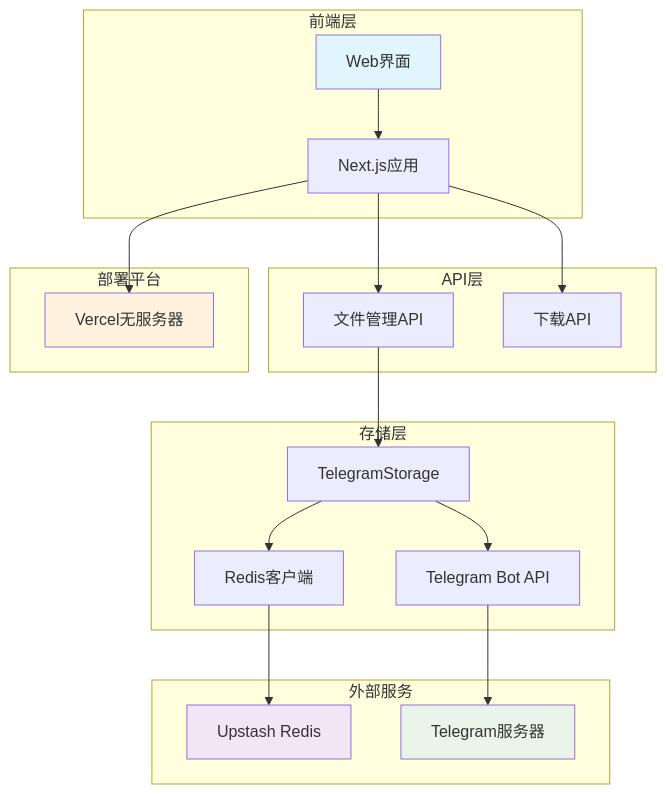
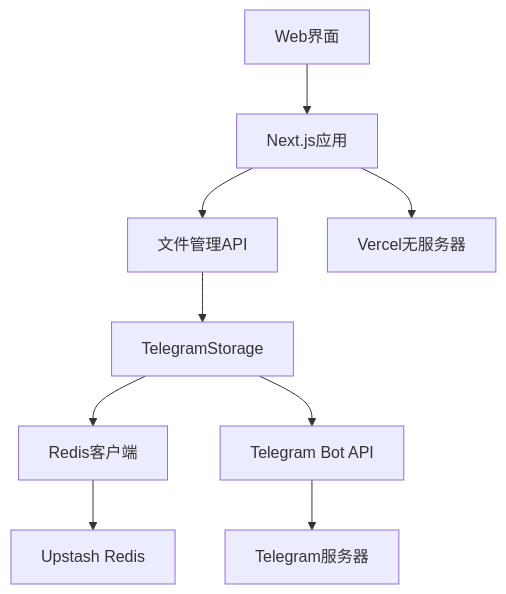
One commit to artemisia1107/TgNetBucket changed the diagram in README.md. Above: the diagram before and after it, drawn with Mermaid. The commit also changed other lines of this file and 4 other files, not shown here.

````diff
--- a/README.md
+++ b/README.md
@@ -89,31 +90,11 @@
 ```mermaid
 graph TB
-    subgraph "前端层"
-        A[Web界面] --> B[Next.js应用]
-    end
-    
-    subgraph "API层"
-        B --> C[文件管理API]
-        B --> D[下载API]
-    end
-    
-    subgraph "存储层"
-        C --> E[TelegramStorage]
-        E --> F[Redis客户端]
-        E --> G[Telegram Bot API]
-    end
-    
-    subgraph "外部服务"
-        F --> H[Upstash Redis]
-        G --> I[Telegram服务器]
-    end
-    
-    subgraph "部署平台"
-        B --> J[Vercel无服务器]
-    end
-    
-    style A fill:#e1f5fe
-    style H fill:#f3e5f5
-    style I fill:#e8f5e8
-    style J fill:#fff3e0
+    A[Web界面] --> B[Next.js应用]
+    B --> C[文件管理API]
+    C --> D[TelegramStorage]
+    D --> E[Redis客户端]
+    D --> F[Telegram Bot API]
+    E --> G[Upstash Redis]
+    F --> H[Telegram服务器]
+    B --> I[Vercel无服务器]
 ```
````
